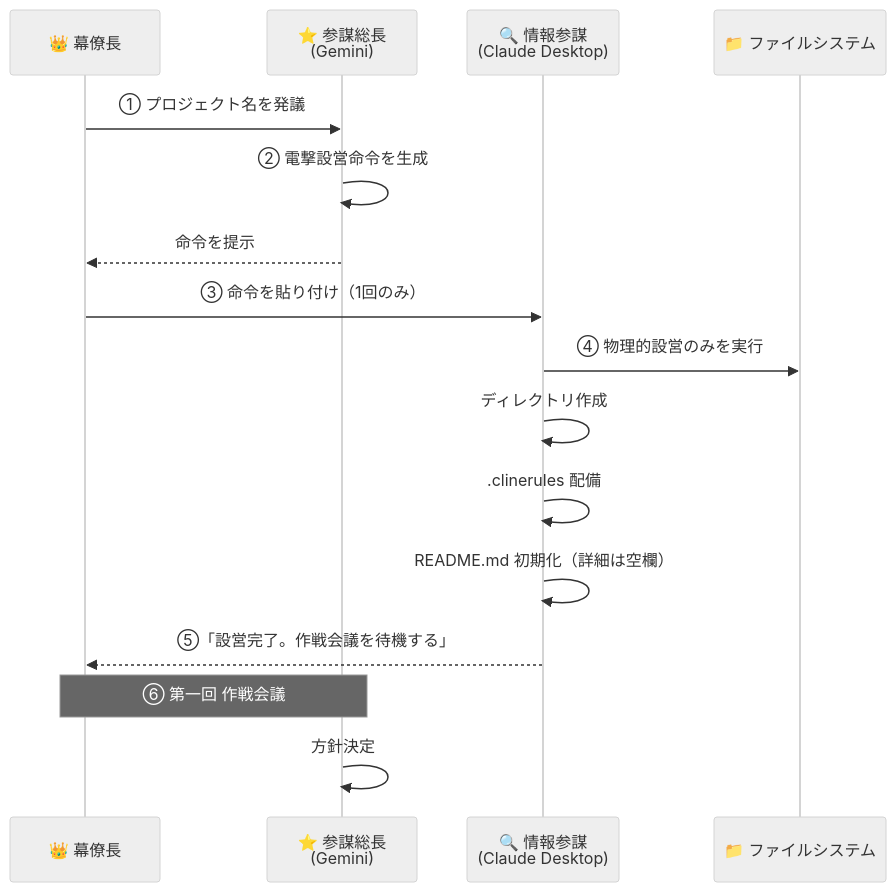
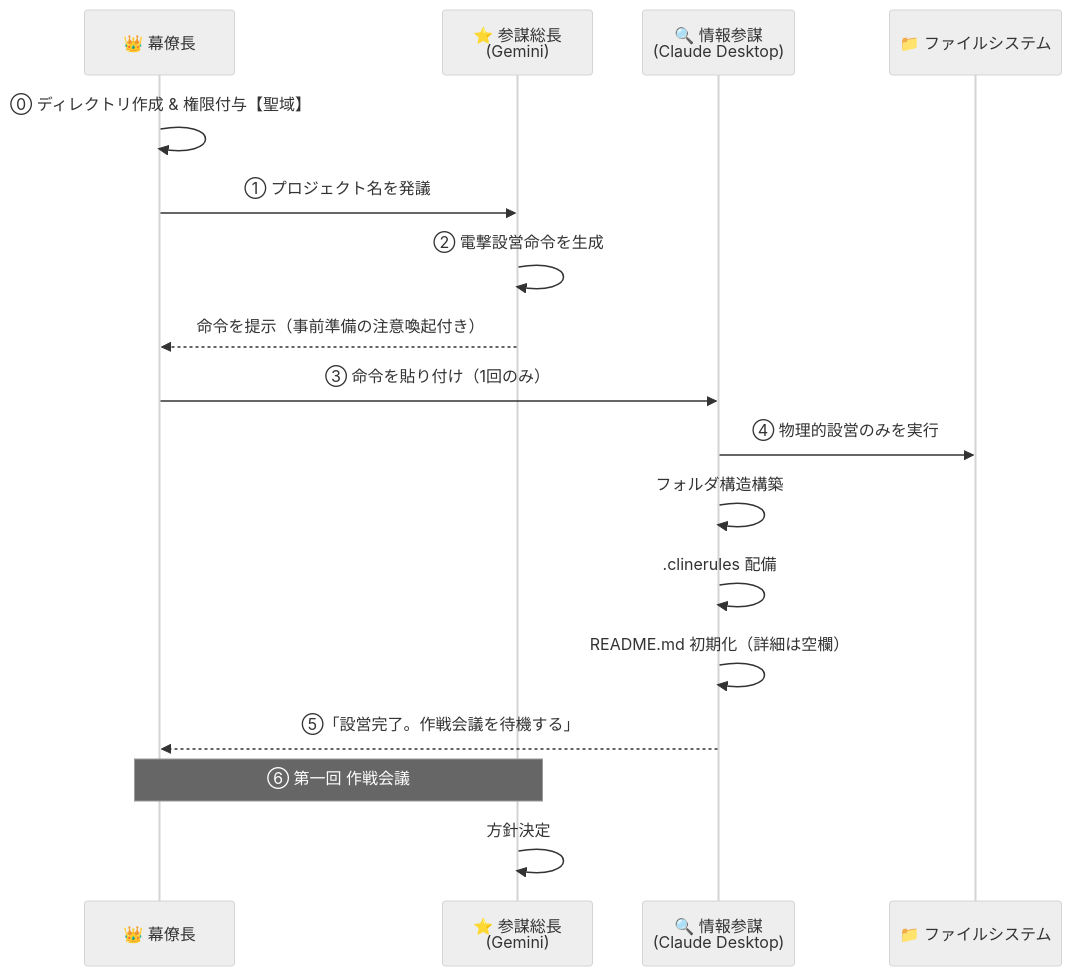
One commit to kumaxxp/ai-general-staff-protocol changed the second of 2 diagrams in README.md. Above: the diagram before and after it, drawn with Mermaid (neutral theme). The commit also changed other lines of this file and 3 other files, not shown here.

````diff
--- a/README.md
+++ b/README.md
@@ -142,19 +151,20 @@
 ```mermaid
 sequenceDiagram
     participant U as 👑 幕僚長
     participant G as ⭐ 参謀総長<br/>(Gemini)
     participant C as 🔍 情報参謀<br/>(Claude Desktop)
     participant FS as 📁 ファイルシステム
 
+    U->>U: ⓪ ディレクトリ作成 & 権限付与【聖域】
     U->>G: ① プロジェクト名を発議
     G->>G: ② 電撃設営命令を生成
-    G-->>U: 命令を提示
+    G-->>U: 命令を提示（事前準備の注意喚起付き）
     U->>C: ③ 命令を貼り付け（1回のみ）
     C->>FS: ④ 物理的設営のみを実行
-    C->>C: ディレクトリ作成
+    C->>C: フォルダ構造構築
     C->>C: .clinerules 配備
     C->>C: README.md 初期化（詳細は空欄）
     C-->>U: ⑤「設営完了。作戦会議を待機する」
     Note over U,G: ⑥ 第一回 作戦会議
     G->>G: 方針決定
 ```
````
